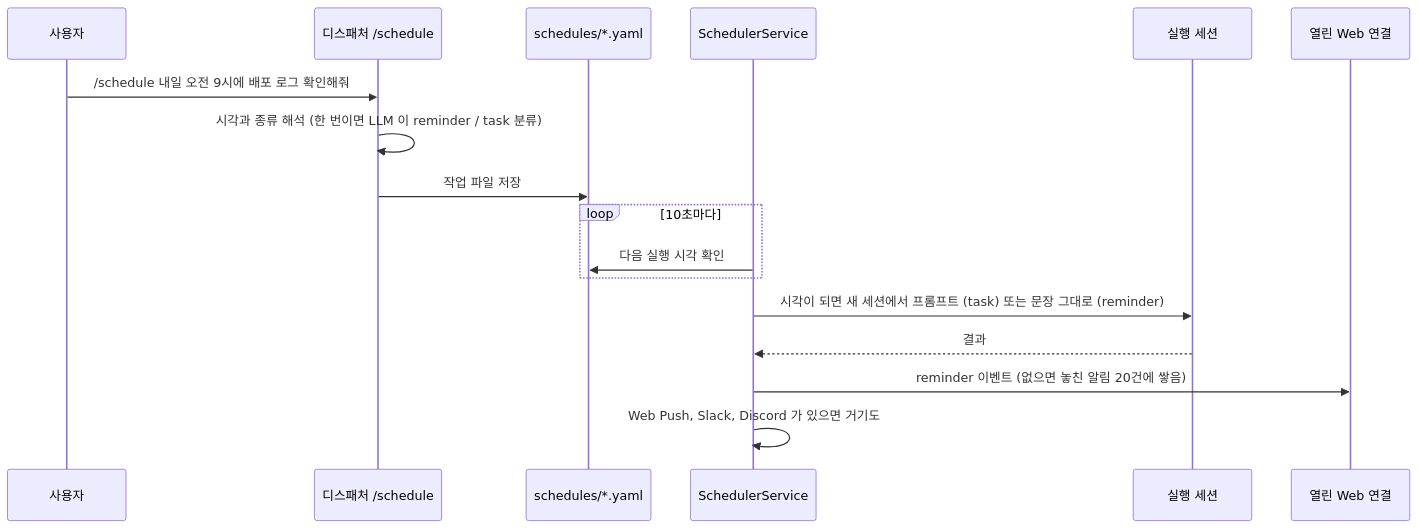
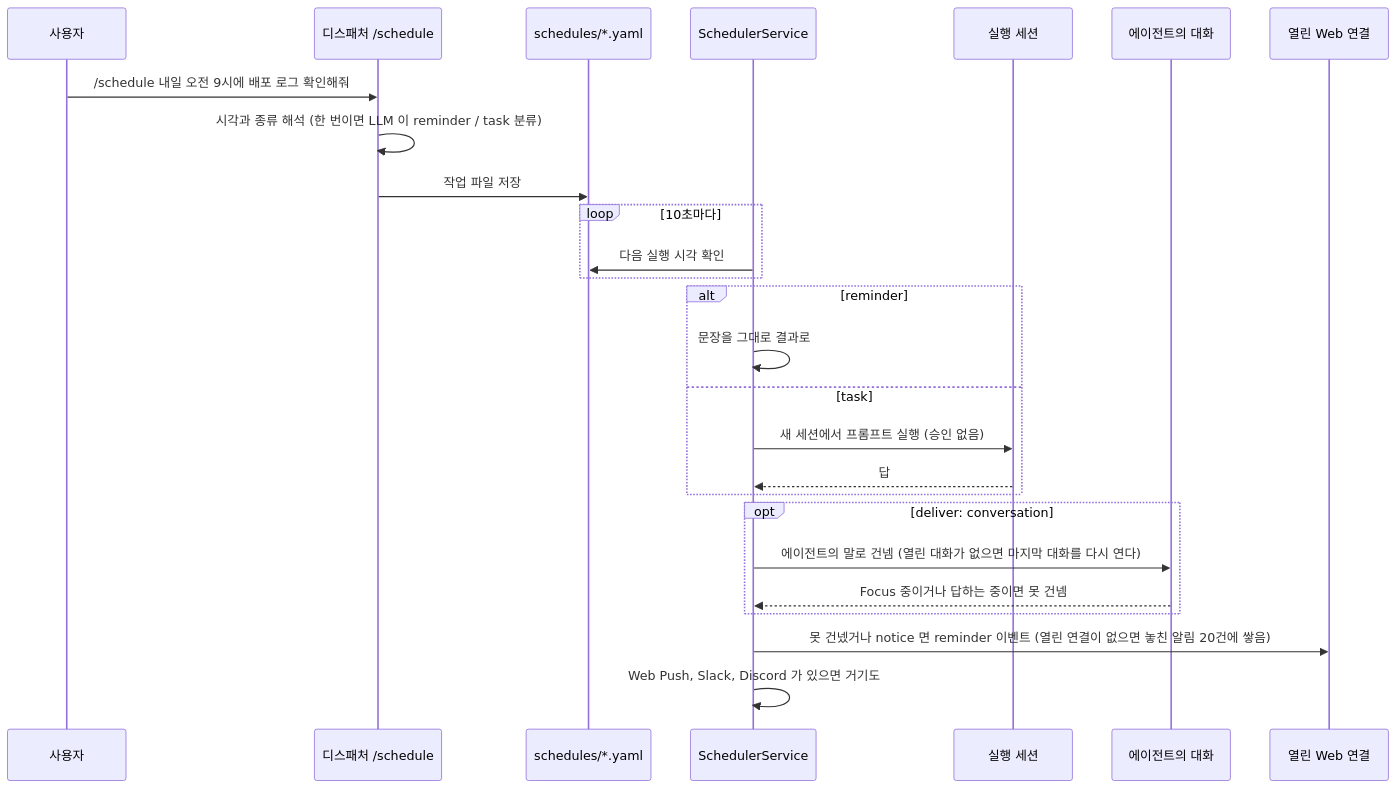
Before and after one commit to ash-hun/jarvis-agent: the first of 2 diagrams in website/docs/concepts/conversation/scheduling.md, drawn with Mermaid. The commit also changed other lines of this file and 30 other files, not shown here.

First line of the commit message:
Docs: 기능별 그림 13장과 캡션, mermaid 를 지금 코드에 맞춰, 사라진 메모리 미들웨어와 ThoughtFrame 약속 필드를 지우고 이후 추가된 경로를 그린다 (#179)

````diff
--- a/website/docs/concepts/conversation/scheduling.md
+++ b/website/docs/concepts/conversation/scheduling.md
@@ -23,19 +22,28 @@
 ```mermaid
 sequenceDiagram
   participant U as 사용자
   participant D as 디스패처 /schedule
   participant F as schedules/*.yaml
   participant S as SchedulerService
   participant R as 실행 세션
+  participant C as 에이전트의 대화
   participant H as 열린 Web 연결
   U->>D: /schedule 내일 오전 9시에 배포 로그 확인해줘
   D->>D: 시각과 종류 해석 (한 번이면 LLM 이 reminder / task 분류)
   D->>F: 작업 파일 저장
   loop 10초마다
     S->>F: 다음 실행 시각 확인
   end
-  S->>R: 시각이 되면 새 세션에서 프롬프트 (task) 또는 문장 그대로 (reminder)
-  R-->>S: 결과
-  S->>H: reminder 이벤트 (없으면 놓친 알림 20건에 쌓음)
+  alt reminder
+    S->>S: 문장을 그대로 결과로
+  else task
+    S->>R: 새 세션에서 프롬프트 실행 (승인 없음)
+    R-->>S: 답
+  end
+  opt deliver: conversation
+    S->>C: 에이전트의 말로 건넴 (열린 대화가 없으면 마지막 대화를 다시 연다)
+    C-->>S: Focus 중이거나 답하는 중이면 못 건넴
+  end
+  S->>H: 못 건넸거나 notice 면 reminder 이벤트 (열린 연결이 없으면 놓친 알림 20건에 쌓음)
   S->>S: Web Push, Slack, Discord 가 있으면 거기도
 ```
````
